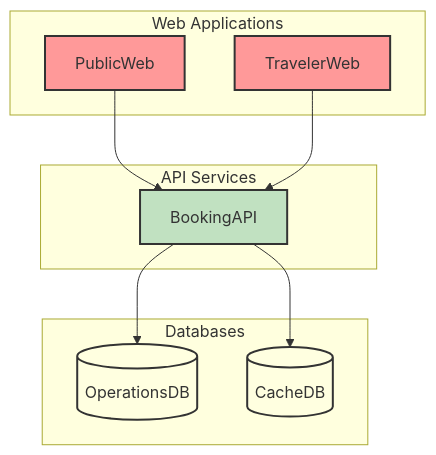
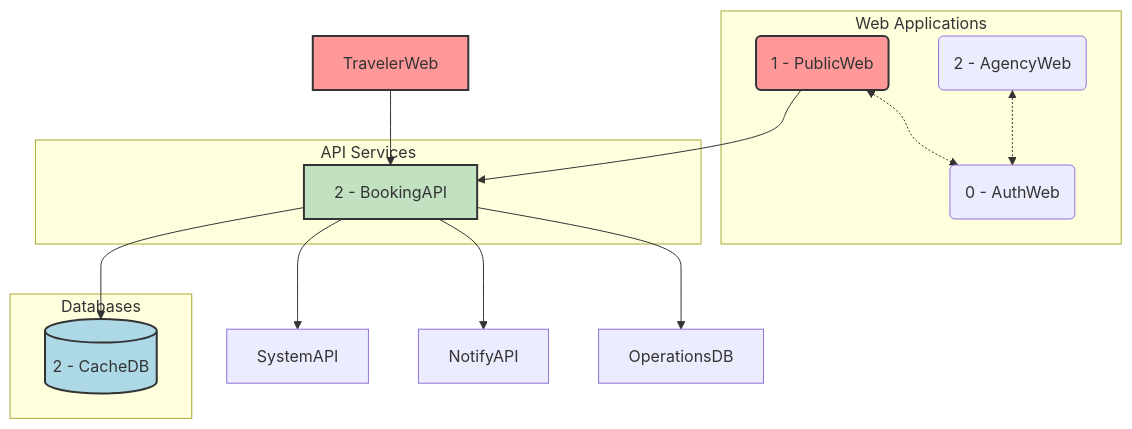
One commit to AstroBookings/.github changed the first of 2 diagrams in profile/1-analysis/5_2-astrobookings-booking-management-domain.md. Above: the diagram before and after it, drawn with Mermaid. The commit also changed 2 other files, not shown here.

Commit message:
feat: domain 3

````diff
--- a/profile/1-analysis/5_2-astrobookings-booking-management-domain.md
+++ b/profile/1-analysis/5_2-astrobookings-booking-management-domain.md
@@ -60,32 +60,41 @@
 ```mermaid
 graph TD
     subgraph Web Applications
-        PublicWeb[PublicWeb]
-        TravelerWeb[TravelerWeb]
+        PublicWeb(1 - PublicWeb)
+        AgencyWeb(2 - AgencyWeb)
+        AuthWeb(0 - AuthWeb)
     end
 
     subgraph API Services
-        BookingAPI[BookingAPI]
+        BookingAPI[2 - BookingAPI]
     end
 
     subgraph Databases
-        OperationsDB[(OperationsDB)]
-        CacheDB[(CacheDB)]
+        CacheDB[(2 - CacheDB)]
     end
+
+    %% Web to Web connections
+    PublicWeb <-.-> AuthWeb
+    AgencyWeb <-.-> AuthWeb
 
     %% Web to API connections
     PublicWeb --> BookingAPI
     TravelerWeb --> BookingAPI
+
+
+    %% API to API connections
+    BookingAPI --> SystemAPI
+    BookingAPI --> NotifyAPI
 
     %% API to Database connections
     BookingAPI --> OperationsDB
     BookingAPI --> CacheDB
 
     %% Style
     classDef web fill:#FF9999,stroke:#333,stroke-width:2px;
     classDef api fill:#C1E1C1,stroke:#333,stroke-width:2px;
-    classDef db fill:#FFFFE0,stroke:#333,stroke-width:2px;
+    classDef db fill:#ADD8E6,stroke:#333,stroke-width:2px;
     class PublicWeb,TravelerWeb web;
     class BookingAPI api;
-    class OperationsDB,CacheDB db;
+    class CacheDB db;
 ```
````
